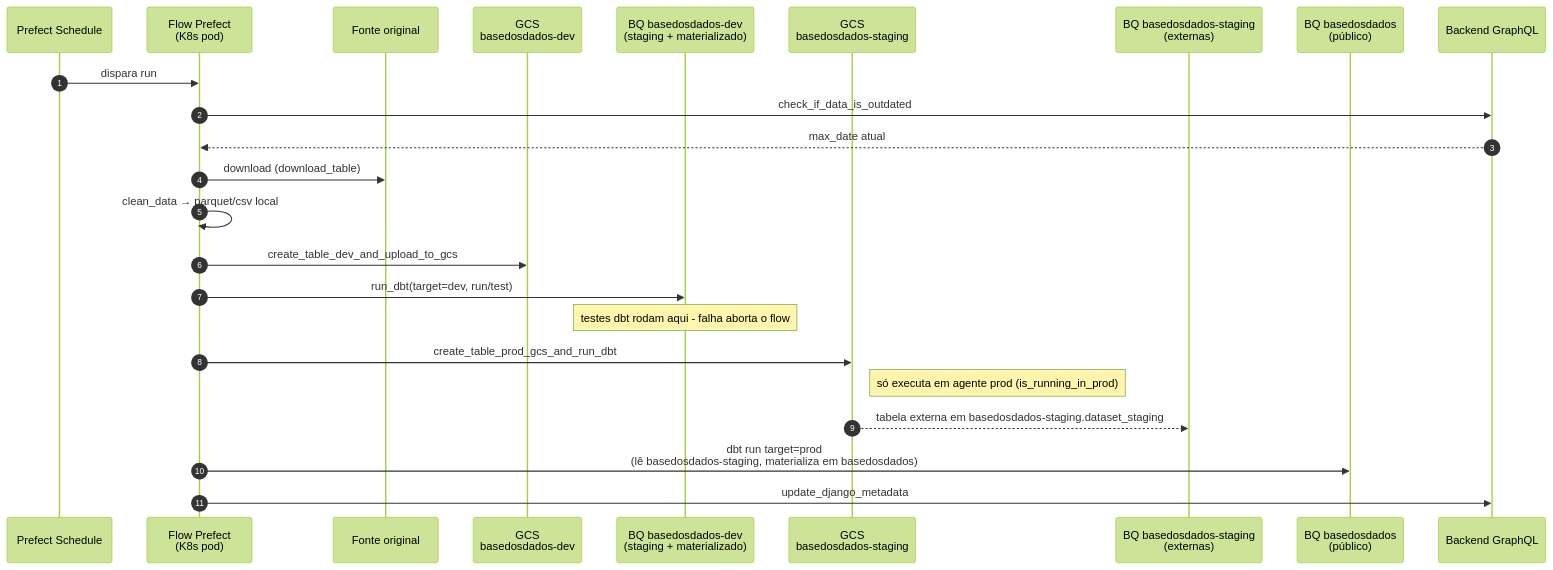
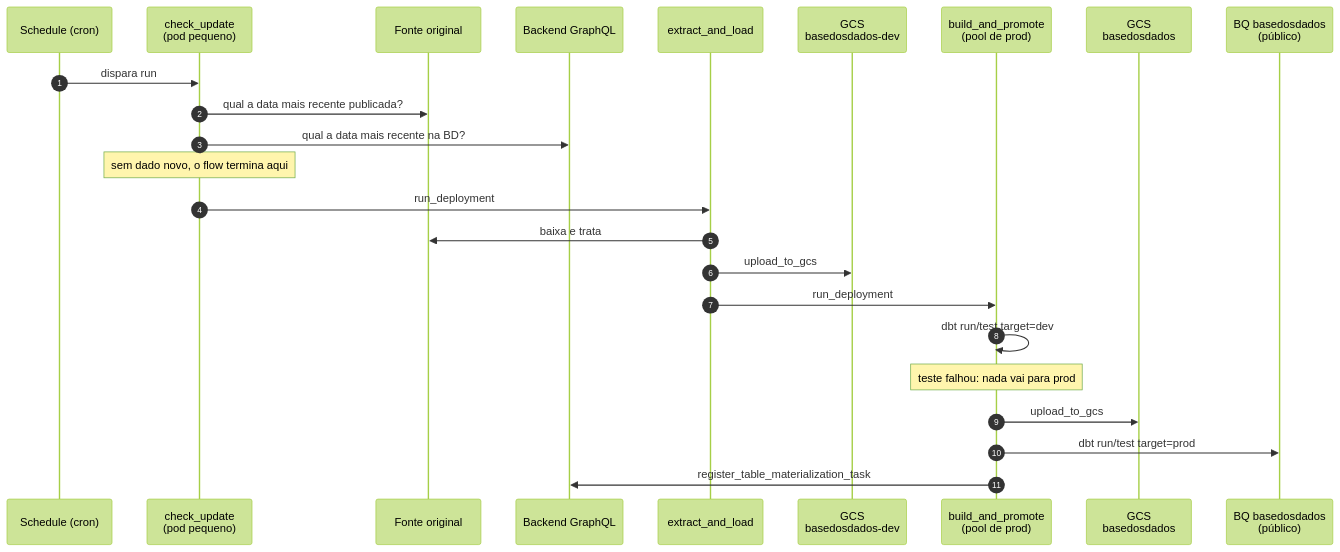
One commit to basedosdados/manual-equipe-dados changed the second of 3 diagrams in docs/onboarding/fluxo-de-dados-e-infraestrutura.md. Above: the diagram before and after it, drawn with Mermaid (forest theme). The commit also changed other lines of this file, not shown here.

Commit message:
docs(onboarding): atualiza fluxo de dados e infraestrutura para o Prefect 3

````diff
--- a/docs/onboarding/fluxo-de-dados-e-infraestrutura.md
+++ b/docs/onboarding/fluxo-de-dados-e-infraestrutura.md
@@ -75,27 +77,27 @@
 ```mermaid
 sequenceDiagram
     autonumber
-    participant SCH as Prefect Schedule
-    participant FLOW as Flow Prefect<br/>(K8s pod)
+    participant SCH as Schedule (cron)
+    participant CU as check_update<br/>(pod pequeno)
     participant SRC as Fonte original
+    participant API as Backend GraphQL
+    participant EL as extract_and_load
     participant GDEV as GCS<br/>basedosdados-dev
-    participant BQD as BQ basedosdados-dev<br/>(staging + materializado)
-    participant GPRD as GCS<br/>basedosdados-staging
-    participant BQPS as BQ basedosdados-staging<br/>(externas)
+    participant BP as build_and_promote<br/>(pool de prod)
+    participant GPRD as GCS<br/>basedosdados
     participant BQP as BQ basedosdados<br/>(público)
-    participant API as Backend GraphQL
 
-    SCH->>FLOW: dispara run
-    FLOW->>API: check_if_data_is_outdated
-    API-->>FLOW: max_date atual
-    FLOW->>SRC: download (download_table)
-    FLOW->>FLOW: clean_data → parquet/csv local
-    FLOW->>GDEV: create_table_dev_and_upload_to_gcs
-    FLOW->>BQD: run_dbt(target=dev, run/test)
-    Note over BQD: testes dbt rodam aqui - falha aborta o flow
-    FLOW->>GPRD: create_table_prod_gcs_and_run_dbt
-    Note right of GPRD: só executa em agente prod (is_running_in_prod)
-    GPRD-->>BQPS: tabela externa em basedosdados-staging.dataset_staging
-    FLOW->>BQP: dbt run target=prod<br/>(lê basedosdados-staging, materializa em basedosdados)
-    FLOW->>API: update_django_metadata
+    SCH->>CU: dispara run
+    CU->>SRC: qual a data mais recente publicada?
+    CU->>API: qual a data mais recente na BD?
+    Note over CU: sem dado novo, o flow termina aqui
+    CU->>EL: run_deployment
+    EL->>SRC: baixa e trata
+    EL->>GDEV: upload_to_gcs
+    EL->>BP: run_deployment
+    BP->>BP: dbt run/test target=dev
+    Note over BP: teste falhou: nada vai para prod
+    BP->>GPRD: upload_to_gcs
+    BP->>BQP: dbt run/test target=prod
+    BP->>API: register_table_materialization_task
 ```
````
